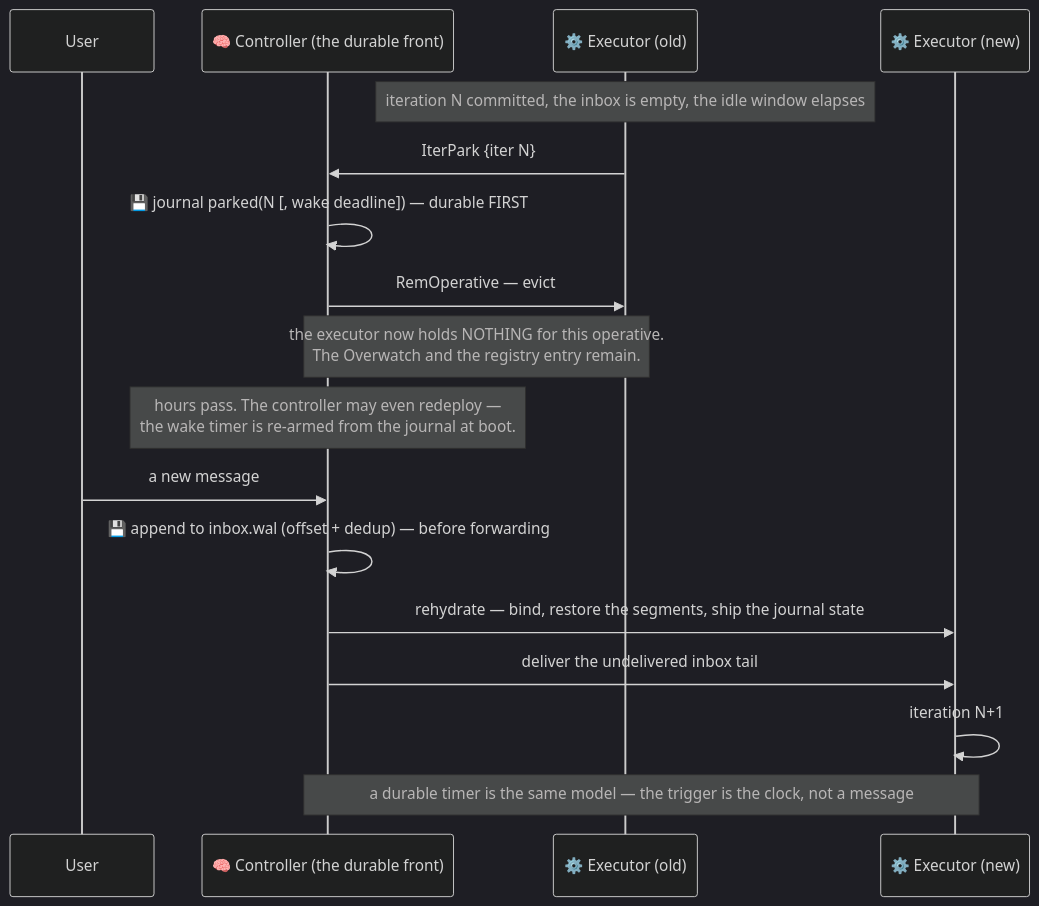
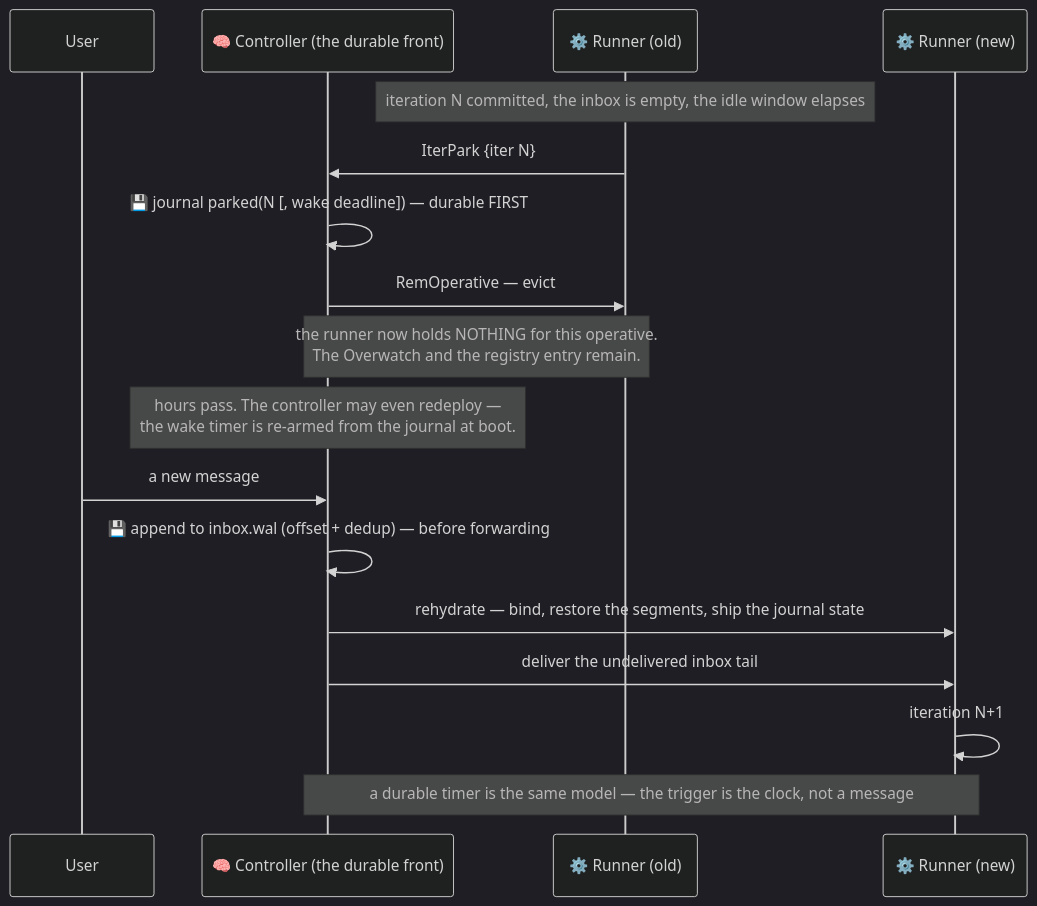
The seventh of 8 diagrams in docs/architecture/bounded_profile.md (Flezha/flezha), drawn with Mermaid (dark theme) before and after one commit. The commit also changed other lines of this file and 535 other files, not shown here.

````diff
--- a/docs/architecture/bounded_profile.md
+++ b/docs/architecture/bounded_profile.md
@@ -323,22 +323,22 @@
 ```mermaid
 sequenceDiagram
     participant USER as User
     participant CTRL as 🧠 Controller (the durable front)
-    participant EX1 as ⚙️ Executor (old)
-    participant EX2 as ⚙️ Executor (new)
+    participant EX1 as ⚙️ Runner (old)
+    participant EX2 as ⚙️ Runner (new)
 
     Note over EX1: iteration N committed, the inbox is empty, the idle window elapses
     EX1->>CTRL: IterPark {iter N}
     CTRL->>CTRL: 💾 journal parked(N [, wake deadline]) — durable FIRST
     CTRL->>EX1: RemOperative — evict
-    Note over CTRL,EX1: the executor now holds NOTHING for this operative.<br/>The Overwatch and the registry entry remain.
+    Note over CTRL,EX1: the runner now holds NOTHING for this operative.<br/>The Overwatch and the registry entry remain.
 
     Note over CTRL: hours pass. The controller may even redeploy —<br/>the wake timer is re-armed from the journal at boot.
 
     USER->>CTRL: a new message
     CTRL->>CTRL: 💾 append to inbox.wal (offset + dedup) — before forwarding
     CTRL->>EX2: rehydrate — bind, restore the segments, ship the journal state
     CTRL->>EX2: deliver the undelivered inbox tail
     EX2->>EX2: iteration N+1
     Note over CTRL,EX2: a durable timer is the same model — the trigger is the clock, not a message
 ```
````
